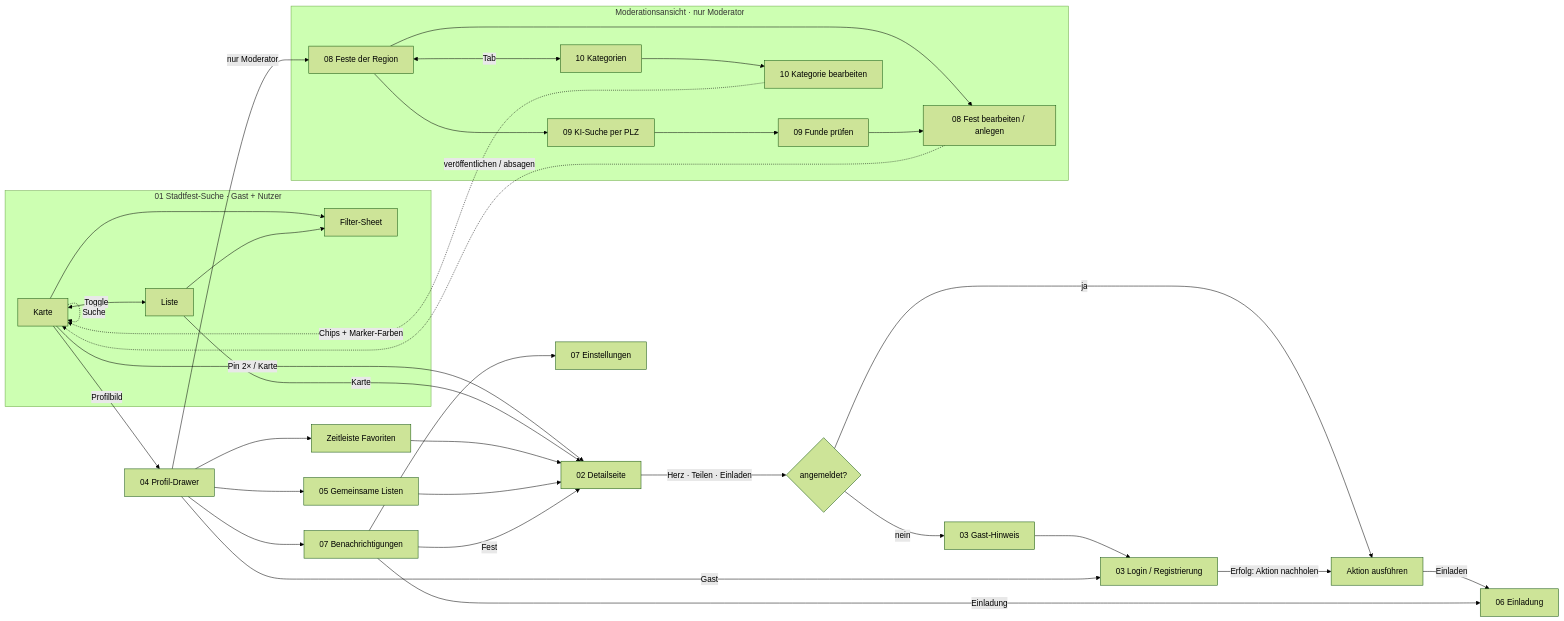
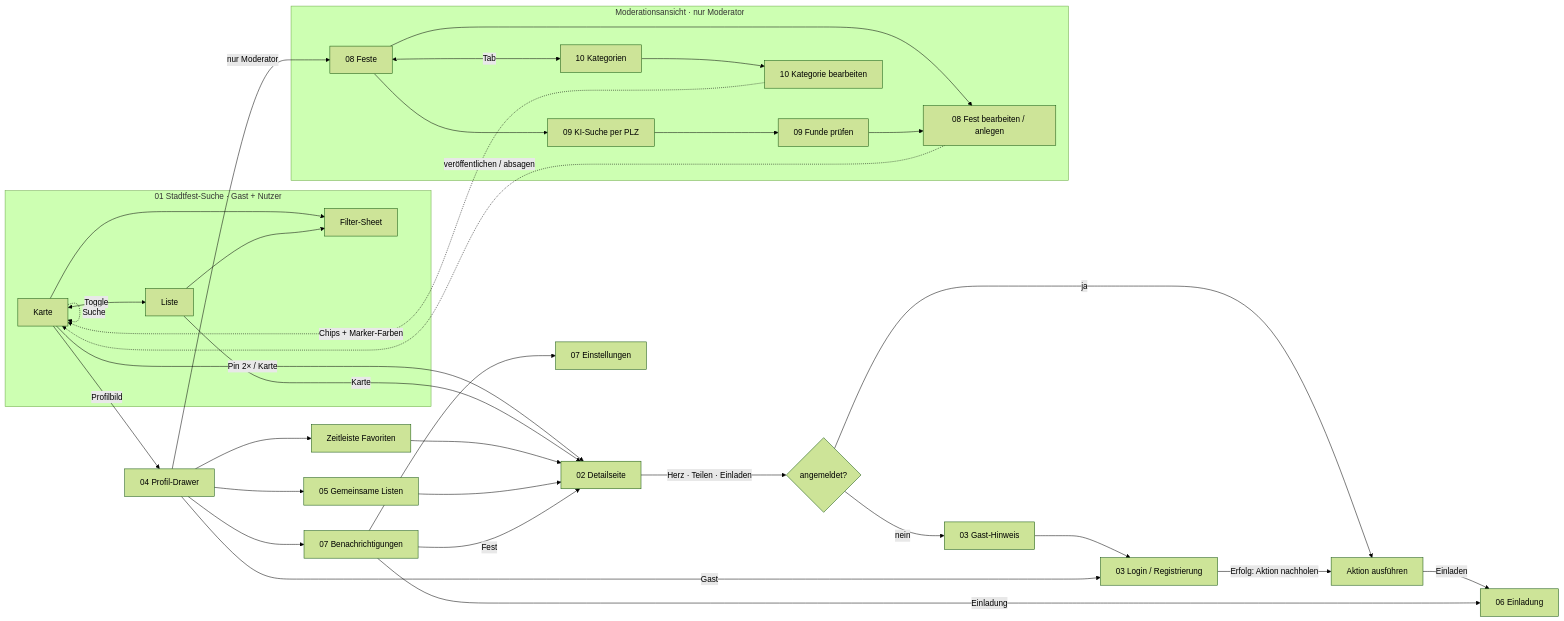
One commit to Harpune/Stadtfest-Finder changed the first of 2 diagrams in 00-docs/15-design/00-ueberblick/gesamtworkflow.md. Above: the diagram before and after it, drawn with Mermaid (forest theme). The commit also changed 30 other files, not shown here.

````diff
--- a/00-docs/15-design/00-ueberblick/gesamtworkflow.md
+++ b/00-docs/15-design/00-ueberblick/gesamtworkflow.md
@@ -7,33 +7,33 @@
 ```mermaid
 flowchart LR
   subgraph Entdecken["01 Stadtfest-Suche · Gast + Nutzer"]
     K[Karte] <-->|Toggle| L[Liste]
     K --> F[Filter-Sheet]
     L --> F
     K -. Suche .-> K
   end
   K -->|Pin 2× / Karte| D[02 Detailseite]
   L -->|Karte| D
   D -->|Herz · Teilen · Einladen| G{angemeldet?}
   G -- nein --> H[03 Gast-Hinweis] --> LG[03 Login / Registrierung]
   G -- ja --> A[Aktion ausführen]
   LG -->|Erfolg: Aktion nachholen| A
   A -->|Einladen| E[06 Einladung]
 
   K -->|Profilbild| DR[04 Profil-Drawer]
   DR -->|Gast| LG
   DR --> ZL[Zeitleiste Favoriten] --> D
   DR --> GL[05 Gemeinsame Listen] --> D
   DR --> N[07 Benachrichtigungen] --> NS[07 Einstellungen]
   N -->|Einladung| E
   N -->|Fest| D
   DR -->|nur Moderator| M
 
   subgraph Moderation["Moderationsansicht · nur Moderator"]
-    M[08 Feste der Region] --> MF[08 Fest bearbeiten / anlegen]
+    M[08 Feste] --> MF[08 Fest bearbeiten / anlegen]
     M --> KI[09 KI-Suche per PLZ] --> PR[09 Funde prüfen] --> MF
     M <-->|Tab| KA[10 Kategorien] --> KF[10 Kategorie bearbeiten]
   end
   MF -. veröffentlichen / absagen .-> K
   KF -. Chips + Marker-Farben .-> K
 ```
````
